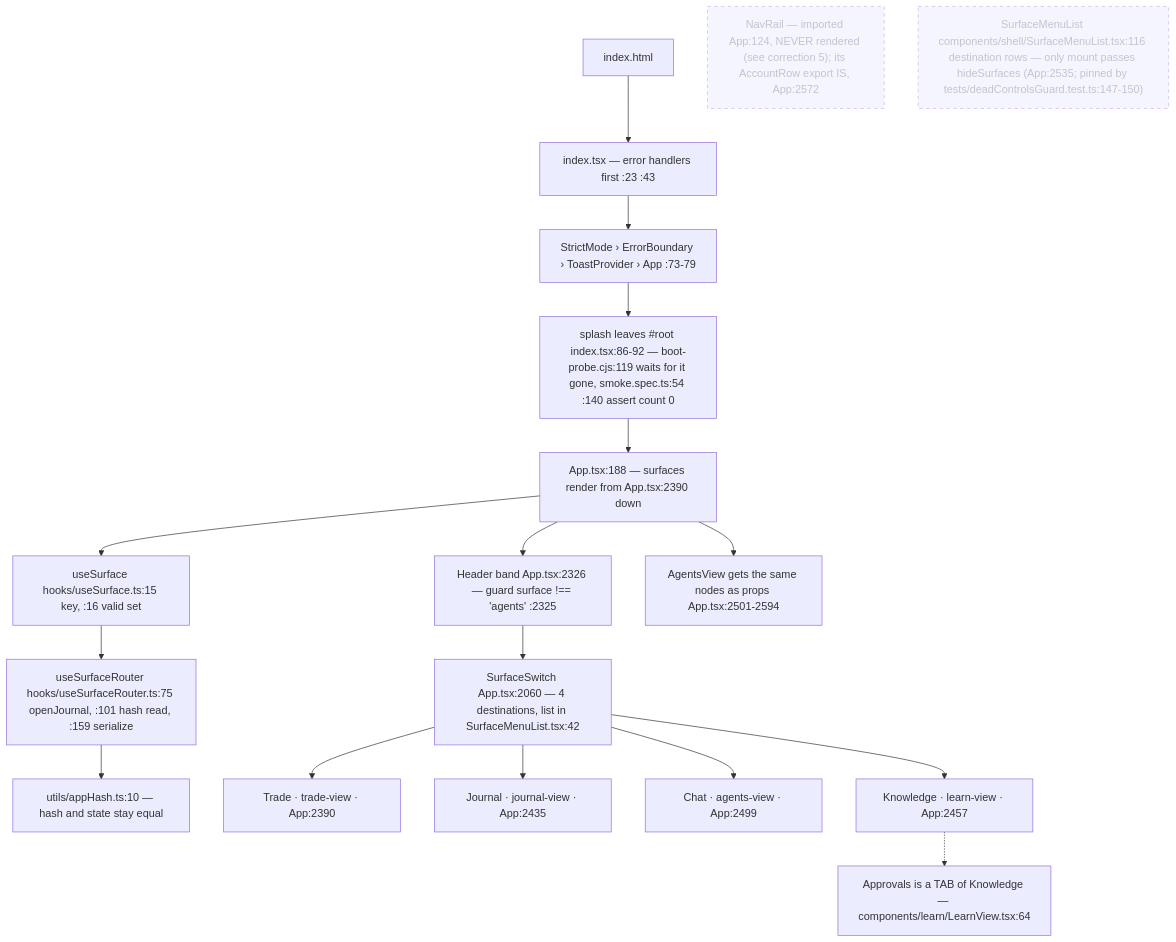
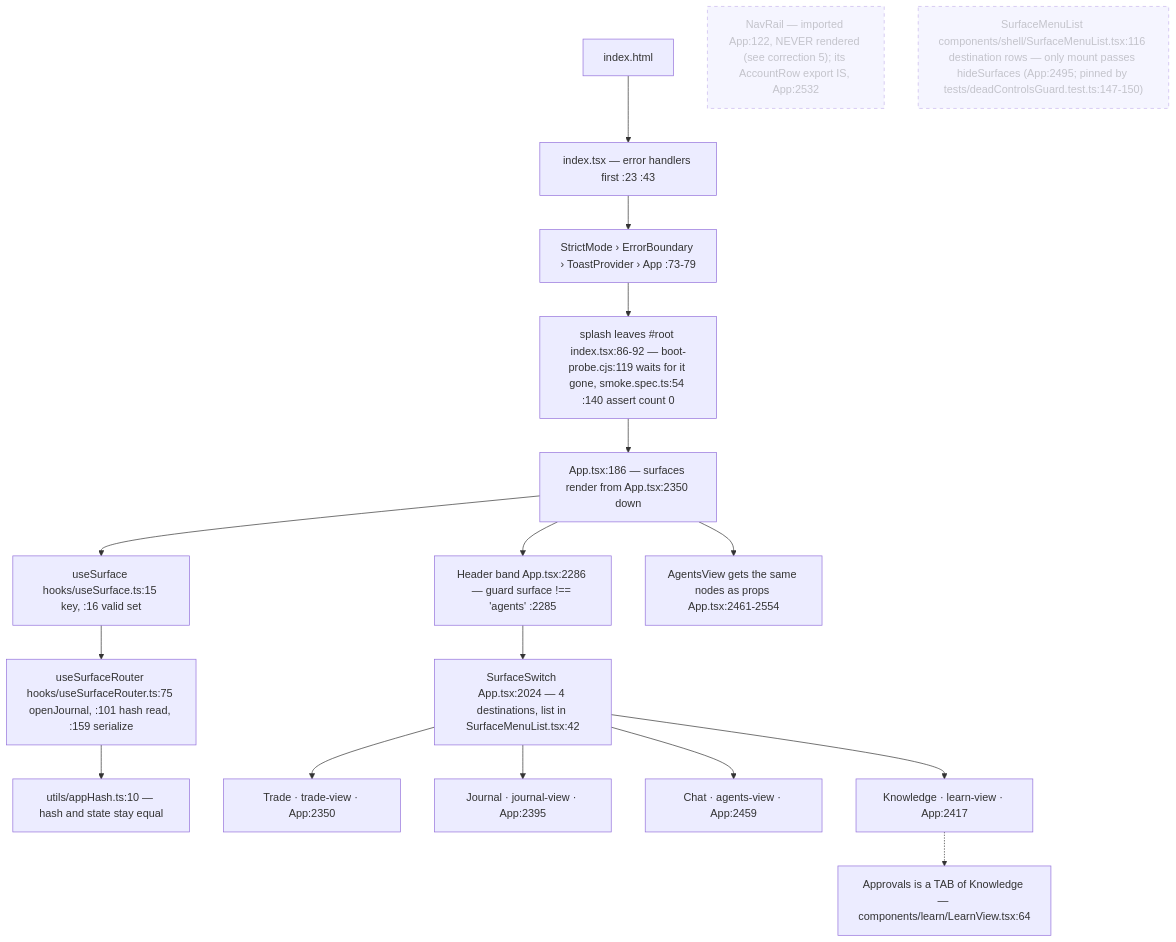
Before and after one commit to Acepay25/august-3.5: the first of 7 diagrams in docs/app-flow.md, drawn with Mermaid. The commit also changed other lines of this file and 28 other files, not shown here.

````diff
--- a/docs/app-flow.md
+++ b/docs/app-flow.md
@@ -32,21 +32,21 @@
 ```mermaid
 flowchart TD
     H["index.html"] --> I["index.tsx — error handlers first :23 :43"]
     I --> S["StrictMode › ErrorBoundary › ToastProvider › App :73-79"]
     S --> SP["splash leaves #root index.tsx:86-92 — boot-probe.cjs:119 waits for it gone, smoke.spec.ts:54 :140 assert count 0"]
-    SP --> APP["App.tsx:188 — surfaces render from App.tsx:2390 down"]
+    SP --> APP["App.tsx:186 — surfaces render from App.tsx:2350 down"]
     APP --> US["useSurface hooks/useSurface.ts:15 key, :16 valid set"]
     US --> UR["useSurfaceRouter hooks/useSurfaceRouter.ts:75 openJournal, :101 hash read, :159 serialize"]
     UR --> HASH["utils/appHash.ts:10 — hash and state stay equal"]
-    APP --> HD["Header band App.tsx:2326 — guard surface !== 'agents' :2325"]
-    HD --> SW["SurfaceSwitch App.tsx:2060 — 4 destinations, list in SurfaceMenuList.tsx:42"]
-    APP --> AV["AgentsView gets the same nodes as props App.tsx:2501-2594"]
-    SW --> T["Trade · trade-view · App:2390"]
-    SW --> J["Journal · journal-view · App:2435"]
-    SW --> C["Chat · agents-view · App:2499"]
-    SW --> K["Knowledge · learn-view · App:2457"]
+    APP --> HD["Header band App.tsx:2286 — guard surface !== 'agents' :2285"]
+    HD --> SW["SurfaceSwitch App.tsx:2024 — 4 destinations, list in SurfaceMenuList.tsx:42"]
+    APP --> AV["AgentsView gets the same nodes as props App.tsx:2461-2554"]
+    SW --> T["Trade · trade-view · App:2350"]
+    SW --> J["Journal · journal-view · App:2395"]
+    SW --> C["Chat · agents-view · App:2459"]
+    SW --> K["Knowledge · learn-view · App:2417"]
     K -.-> AP["Approvals is a TAB of Knowledge — components/learn/LearnView.tsx:64"]
-    NR["NavRail — imported App:124, NEVER rendered (see correction 5); its AccountRow export IS, App:2572"]:::dead
-    SM["SurfaceMenuList components/shell/SurfaceMenuList.tsx:116 destination rows — only mount passes hideSurfaces (App:2535; pinned by tests/deadControlsGuard.test.ts:147-150)"]:::dead
+    NR["NavRail — imported App:122, NEVER rendered (see correction 5); its AccountRow export IS, App:2532"]:::dead
+    SM["SurfaceMenuList components/shell/SurfaceMenuList.tsx:116 destination rows — only mount passes hideSurfaces (App:2495; pinned by tests/deadControlsGuard.test.ts:147-150)"]:::dead
     classDef dead stroke-dasharray: 5 5,opacity:.5
 ```
````
